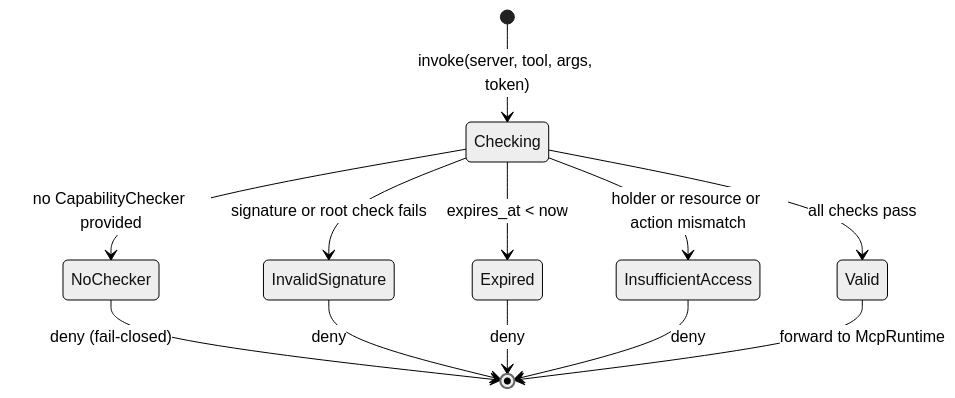
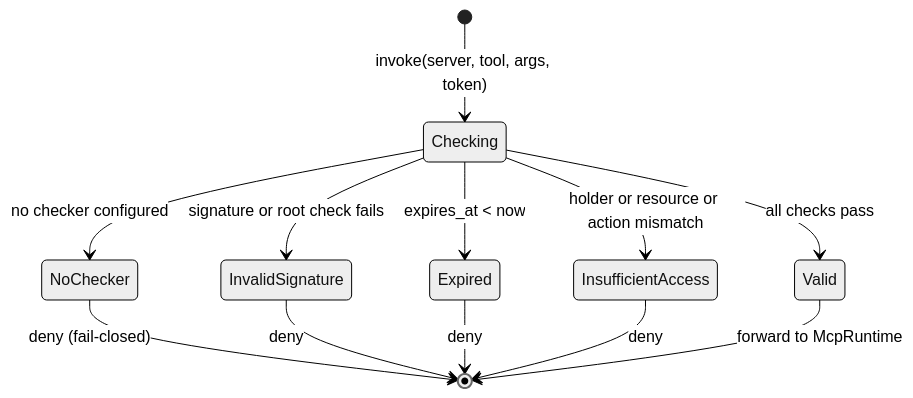
The diagram in kask/docs/diataxis/hkask-capability/explanation.md (mdz-axo/zed-kask), drawn with Mermaid (neutral theme) before and after one commit. The commit also changed other lines of this file and 15 other files, not shown here.

````diff
--- a/kask/docs/diataxis/hkask-capability/explanation.md
+++ b/kask/docs/diataxis/hkask-capability/explanation.md
@@ -43,14 +42,14 @@
 ```mermaid
 stateDiagram-v2
     [*] --> Checking: invoke(server, tool, args, token)
-    Checking --> NoChecker: no CapabilityChecker provided
+    Checking --> NoChecker: no checker configured
     Checking --> InvalidSignature: signature or root check fails
     Checking --> Expired: expires_at < now
     Checking --> InsufficientAccess: holder or resource or action mismatch
     Checking --> Valid: all checks pass
     NoChecker --> [*]: deny (fail-closed)
     InvalidSignature --> [*]: deny
     Expired --> [*]: deny
     InsufficientAccess --> [*]: deny
     Valid --> [*]: forward to McpRuntime
 ```
````
